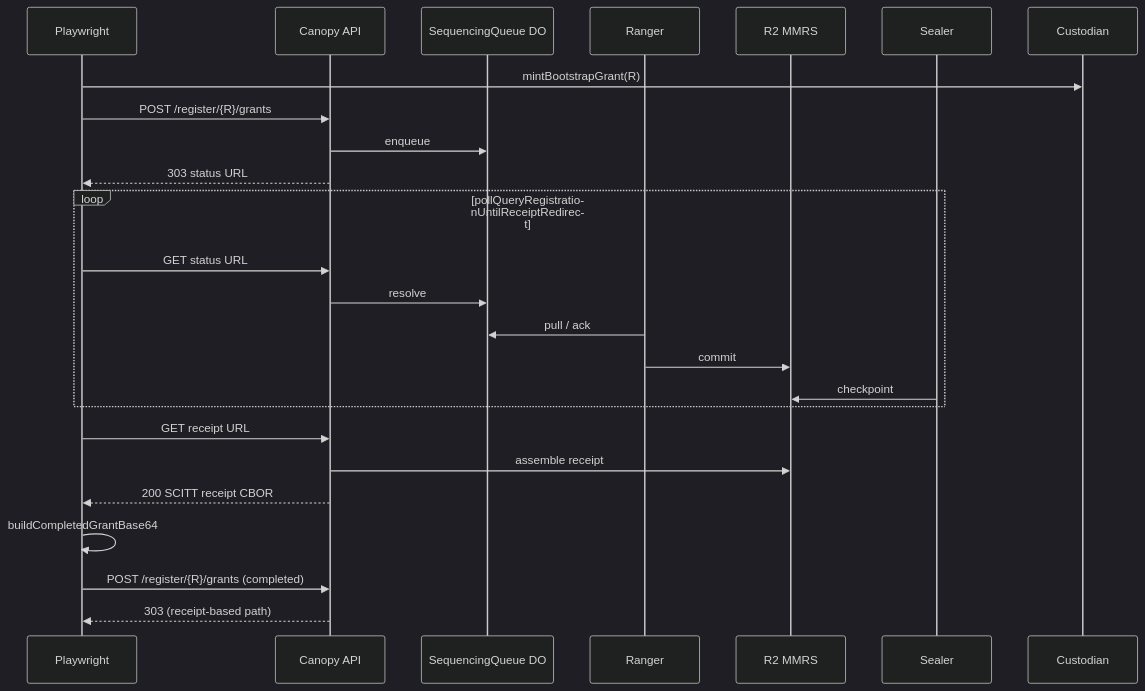
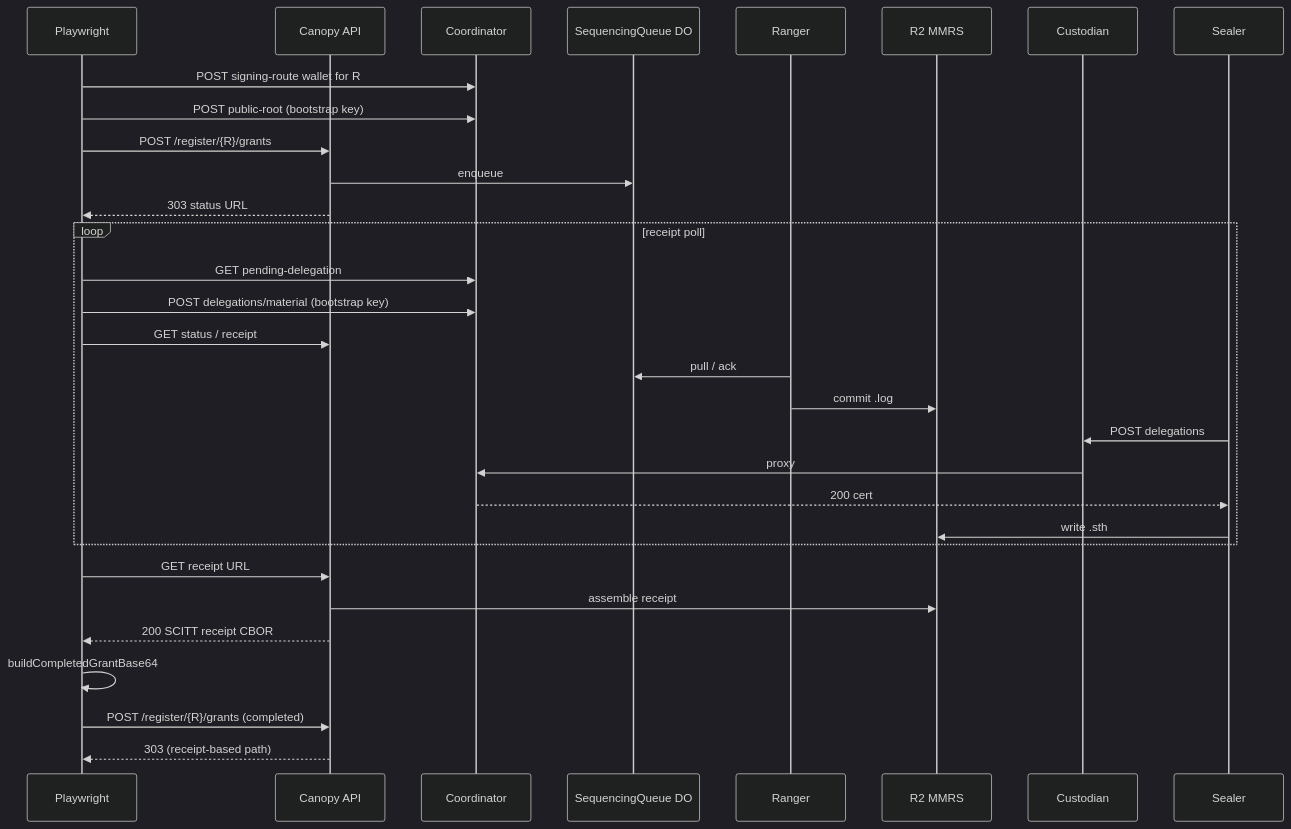
One commit to forestrie/canopy changed the third of 3 diagrams in packages/tests/canopy-api/tests/system/docs/grants-bootstrap.md. Above: the diagram before and after it, drawn with Mermaid (dark theme). The commit also changed other lines of this file and 32 other files, not shown here.

First line of the commit message:
refactor(e2e): unify bootstrap grant flow and delegation helpers

````diff
--- a/packages/tests/canopy-api/tests/system/docs/grants-bootstrap.md
+++ b/packages/tests/canopy-api/tests/system/docs/grants-bootstrap.md
@@ -73,31 +87,37 @@
 ```mermaid
 sequenceDiagram
     participant PT as Playwright
     participant API as Canopy API
+    participant COO as Coordinator
     participant DO as SequencingQueue DO
     participant RNG as Ranger
     participant R2 as R2 MMRS
+    participant CUS as Custodian
     participant SEL as Sealer
-    participant CUS as Custodian
 
-    PT->>CUS: mintBootstrapGrant(R)
+    PT->>COO: POST signing-route wallet for R
+    PT->>COO: POST public-root (bootstrap key)
     PT->>API: POST /register/{R}/grants
     API->>DO: enqueue
     API-->>PT: 303 status URL
 
-    loop pollQueryRegistrationUntilReceiptRedirect
-        PT->>API: GET status URL
-        API->>DO: resolve
+    loop receipt poll
+        PT->>COO: GET pending-delegation
+        PT->>COO: POST delegations/material (bootstrap key)
+        PT->>API: GET status / receipt
         RNG->>DO: pull / ack
-        RNG->>R2: commit
-        SEL->>R2: checkpoint
+        RNG->>R2: commit .log
+        SEL->>CUS: POST delegations
+        CUS->>COO: proxy
+        COO-->>SEL: 200 cert
+        SEL->>R2: write .sth
     end
 
     PT->>API: GET receipt URL
     API->>R2: assemble receipt
     API-->>PT: 200 SCITT receipt CBOR
 
     PT->>PT: buildCompletedGrantBase64
     PT->>API: POST /register/{R}/grants (completed)
     API-->>PT: 303 (receipt-based path)
 ```
````
